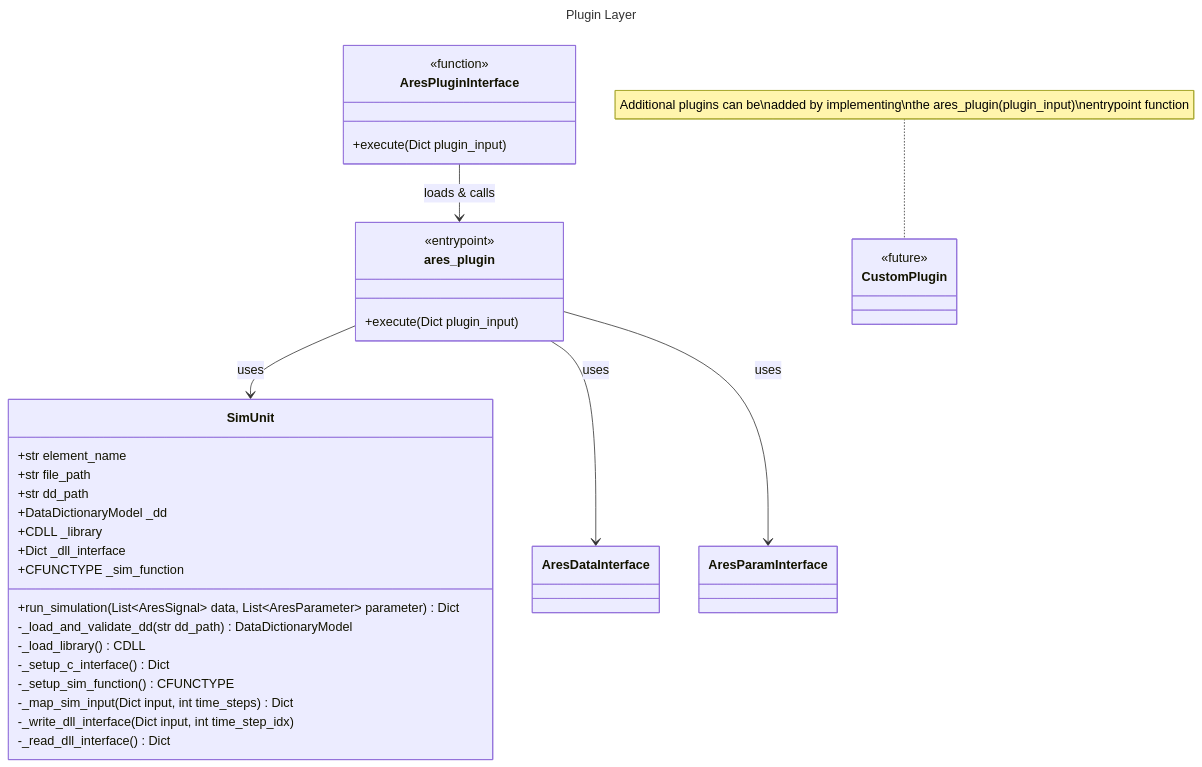
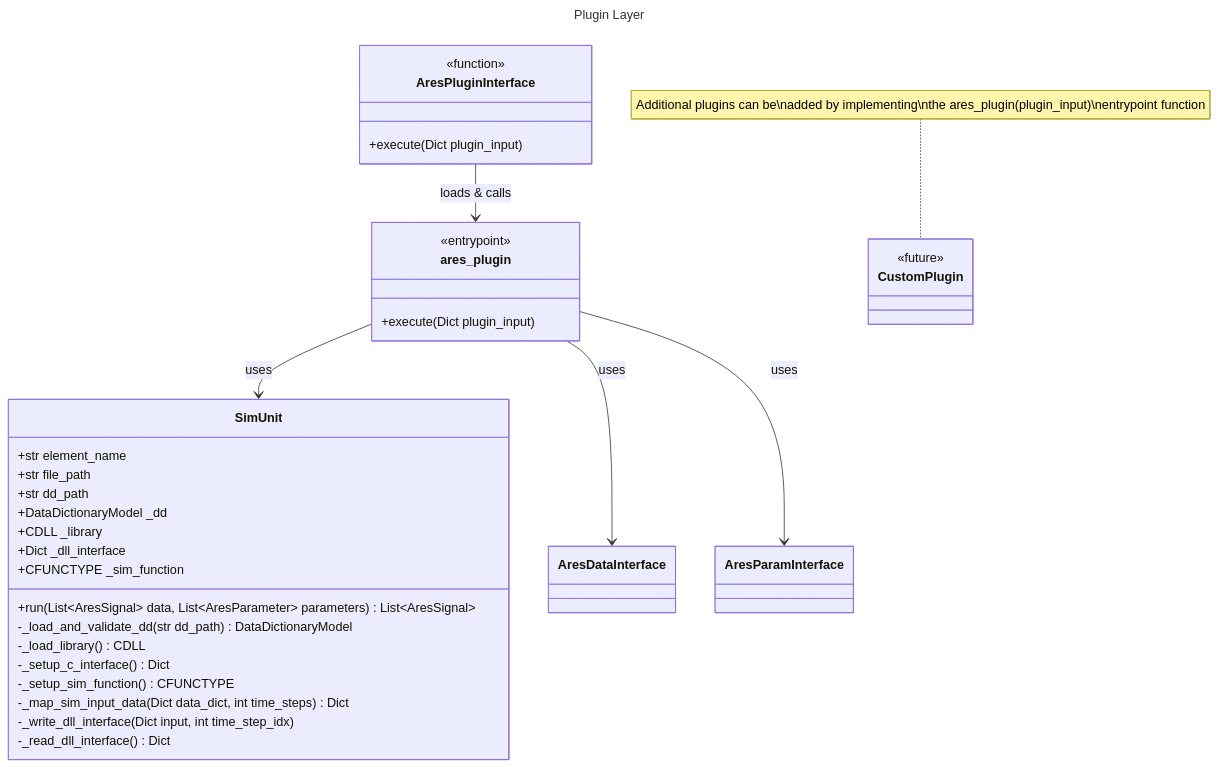
Before and after one commit to olympus-tools/ARES: the third of 5 diagrams in architecture.md, drawn with Mermaid. The commit also changed other lines of this file and 2 other files, not shown here.

````diff
--- a/architecture.md
+++ b/architecture.md
@@ -107,44 +112,44 @@
 ```mermaid
 ---
 title: Plugin Layer
 ---
 classDiagram
     class AresPluginInterface{
         <<function>>
         +execute(Dict plugin_input)
     }
 
     class SimUnit{
         +str element_name
         +str file_path
         +str dd_path
         +DataDictionaryModel _dd
         +CDLL _library
         +Dict _dll_interface
         +CFUNCTYPE _sim_function
-        +run_simulation(List~AresSignal~ data, List~AresParameter~ parameter) Dict
+        +run(List~AresSignal~ data, List~AresParameter~ parameters) List~AresSignal~
         -_load_and_validate_dd(str dd_path) DataDictionaryModel
         -_load_library() CDLL
         -_setup_c_interface() Dict
         -_setup_sim_function() CFUNCTYPE
-        -_map_sim_input(Dict input, int time_steps) Dict
+        -_map_sim_input_data(Dict data_dict, int time_steps) Dict
         -_write_dll_interface(Dict input, int time_step_idx)
         -_read_dll_interface() Dict
     }
 
     class ares_plugin{
         <<entrypoint>>
         +execute(Dict plugin_input)
     }
 
     class CustomPlugin{
         <<future>>
     }
 
     note for CustomPlugin "Additional plugins can be\nadded by implementing\nthe ares_plugin(plugin_input)\nentrypoint function"
 
     AresPluginInterface --> ares_plugin : loads & calls
     ares_plugin --> SimUnit : uses
     ares_plugin --> AresDataInterface : uses
     ares_plugin --> AresParamInterface : uses
 ```
````
